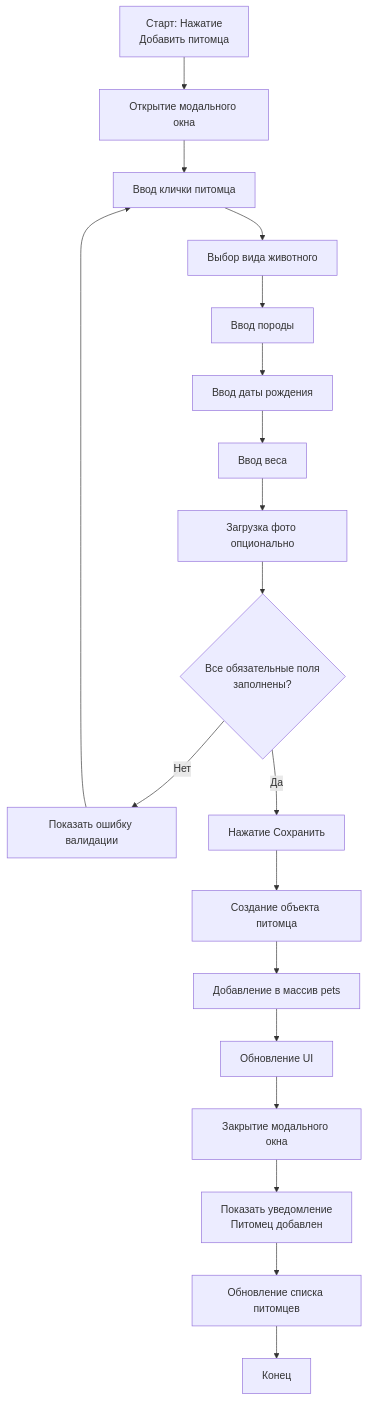
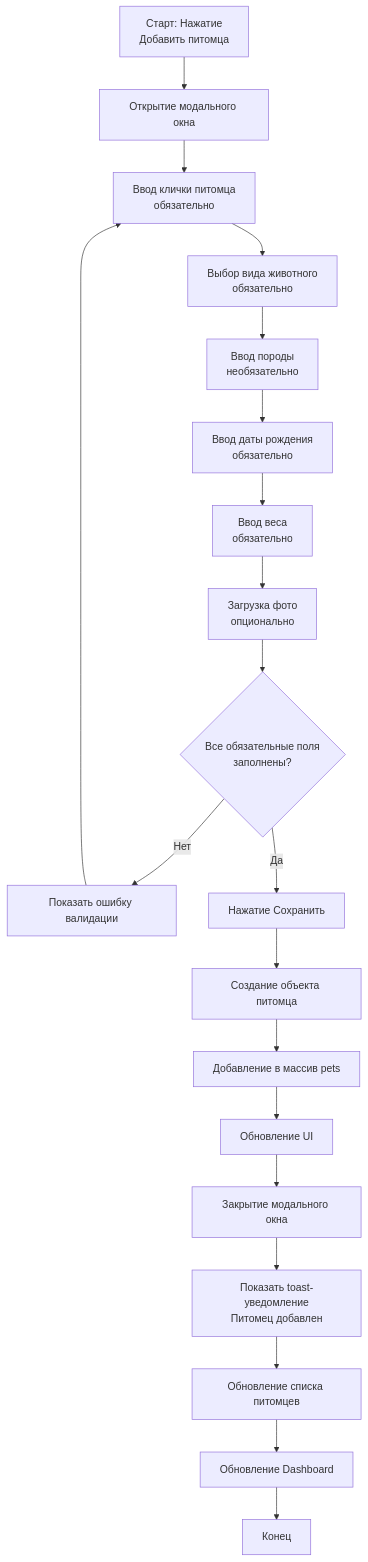
The second of 21 diagrams in FLOWCHARTS.md (v-kuper/petHealth), drawn with Mermaid before and after one commit. The commit also changed other lines of this file and 1 other file, not shown here.

````diff
--- a/FLOWCHARTS.md
+++ b/FLOWCHARTS.md
@@ -45,21 +52,22 @@
 ```mermaid
 flowchart TD
     A[Старт: Нажатие<br/>Добавить питомца] --> B[Открытие модального окна]
-    B --> C[Ввод клички питомца]
-    C --> D[Выбор вида животного]
-    D --> E[Ввод породы]
-    E --> F[Ввод даты рождения]
-    F --> G[Ввод веса]
-    G --> H[Загрузка фото опционально]
+    B --> C[Ввод клички питомца<br/>обязательно]
+    C --> D[Выбор вида животного<br/>обязательно]
+    D --> E[Ввод породы<br/>необязательно]
+    E --> F[Ввод даты рождения<br/>обязательно]
+    F --> G[Ввод веса<br/>обязательно]
+    G --> H[Загрузка фото<br/>опционально]
     H --> I{Все обязательные поля<br/>заполнены?}
     I -->|Нет| J[Показать ошибку валидации]
     J --> C
     I -->|Да| K[Нажатие Сохранить]
     K --> L[Создание объекта питомца]
     L --> M[Добавление в массив pets]
     M --> N[Обновление UI]
     N --> O[Закрытие модального окна]
-    O --> P[Показать уведомление<br/>Питомец добавлен]
+    O --> P[Показать toast-уведомление<br/>Питомец добавлен]
     P --> Q[Обновление списка питомцев]
-    Q --> R[Конец]
+    Q --> R[Обновление Dashboard]
+    R --> S[Конец]
 ```
````
